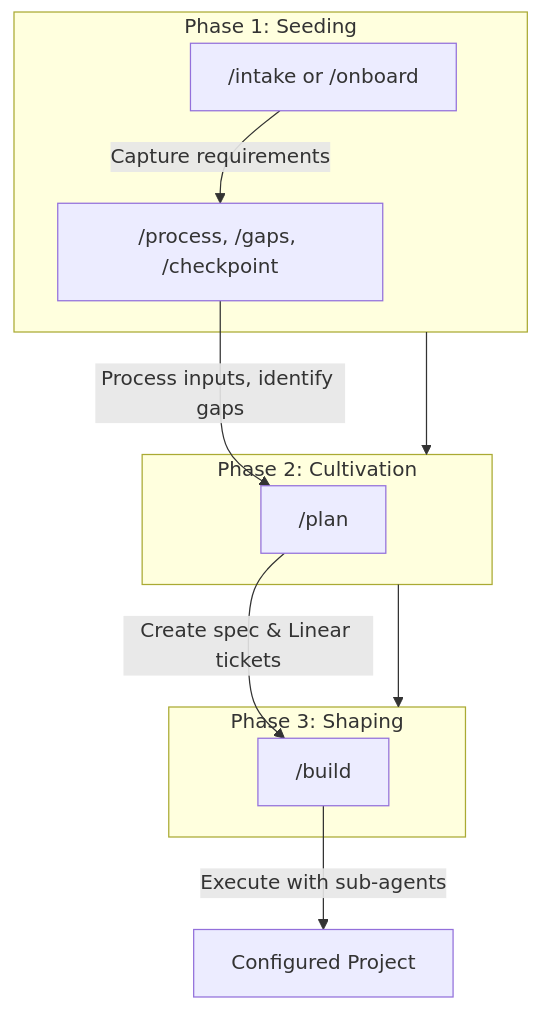
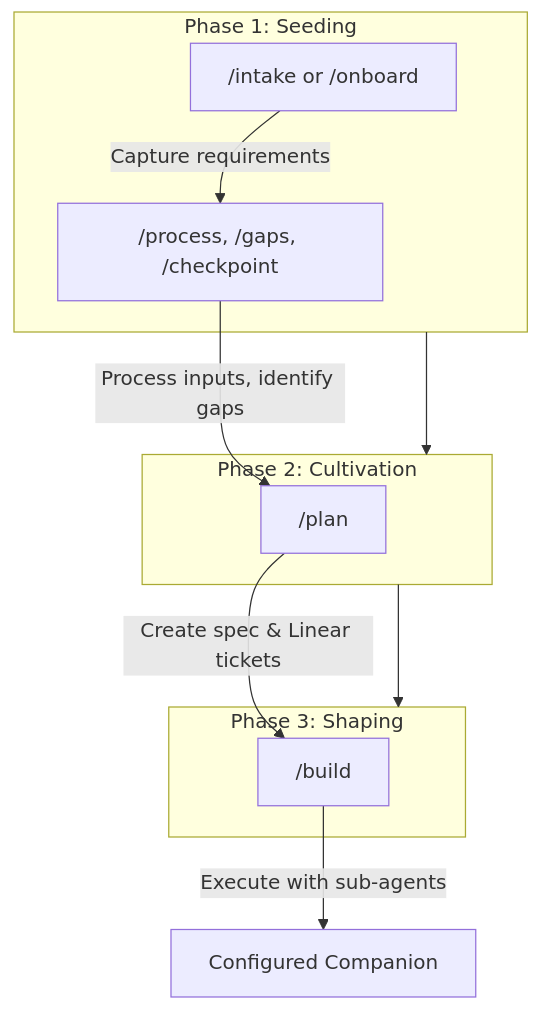
One commit to Consortium-team/project-creator changed the first of 2 diagrams in README.md. Above: the diagram before and after it, drawn with Mermaid. The commit also changed other lines of this file and 49 other files, not shown here.

First line of the commit message:
Formalize companion architecture: rename directories, commands, and references

````diff
--- a/README.md
+++ b/README.md
@@ -149,22 +154,22 @@
 ```mermaid
 flowchart TD
     subgraph Seeding["Phase 1: Seeding"]
         S1["/intake or /onboard"]
         S2["/process, /gaps, /checkpoint"]
     end
 
     subgraph Cultivation["Phase 2: Cultivation"]
         C["/plan"]
     end
 
     subgraph Shaping["Phase 3: Shaping"]
         B["/build"]
     end
 
     Seeding --> Cultivation --> Shaping
 
     S1 --> |"Capture requirements"| S2
     S2 --> |"Process inputs, identify gaps"| C
     C --> |"Create spec & Linear tickets"| B
-    B --> |"Execute with sub-agents"| done["Configured Project"]
+    B --> |"Execute with sub-agents"| done["Configured Companion"]
 ```
````
